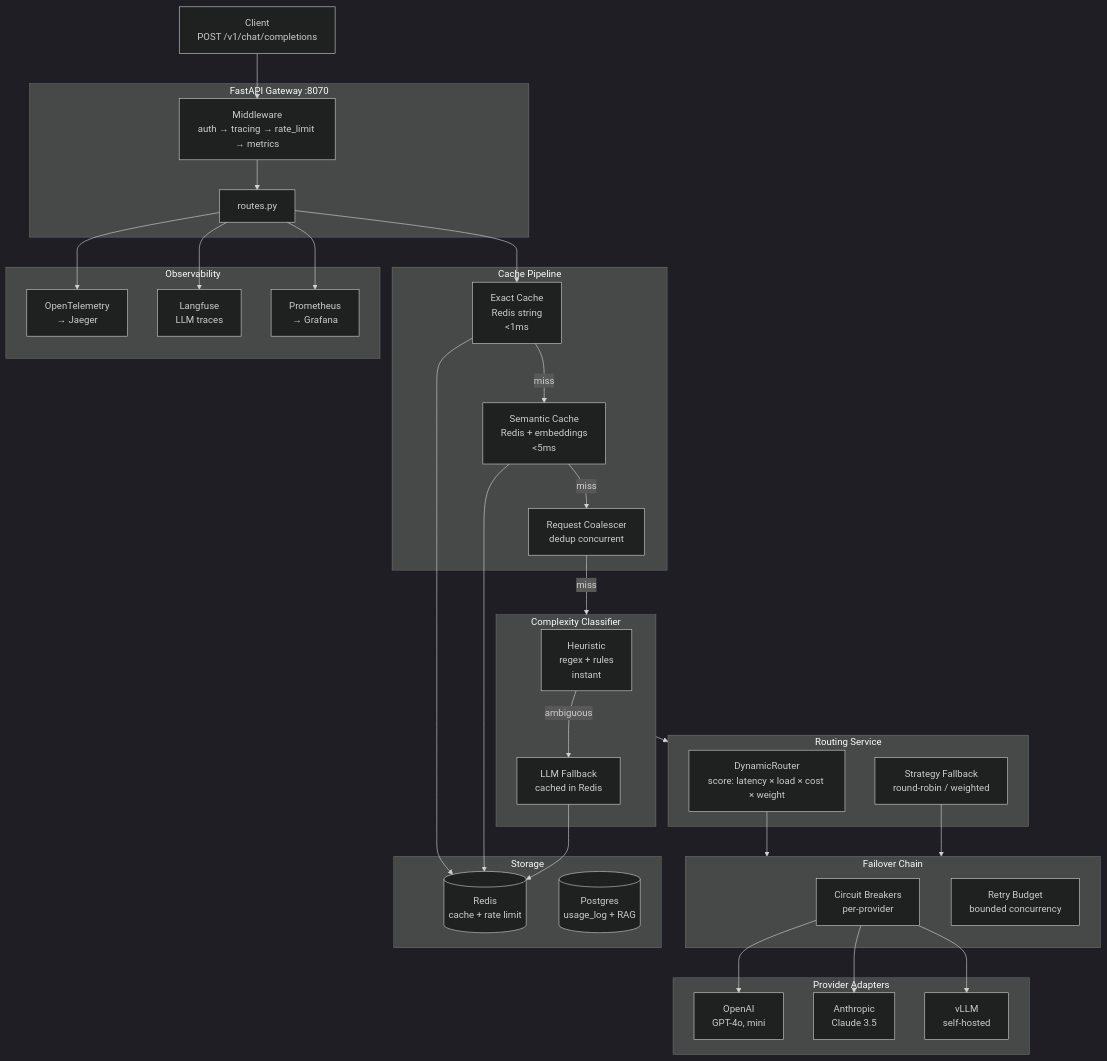
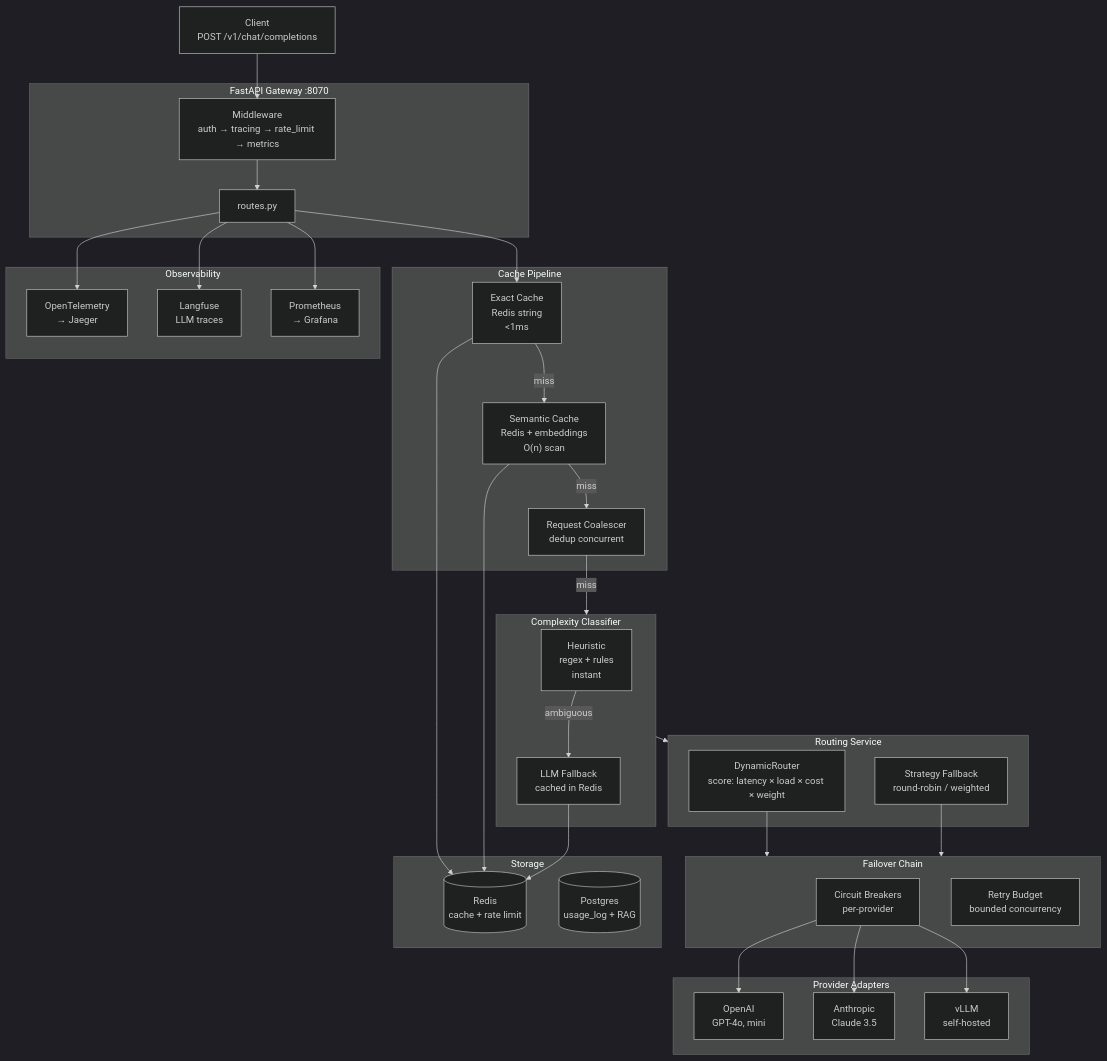
The diagram in README.md (Raushan0303/infer-route), drawn with Mermaid (dark theme) before and after one commit. The commit also changed other lines of this file and 10 other files, not shown here.

````diff
--- a/README.md
+++ b/README.md
@@ -162,66 +162,66 @@
 ```mermaid
 graph TB
     Client["Client<br/>POST /v1/chat/completions"]
 
     subgraph Gateway["FastAPI Gateway :8070"]
         MW["Middleware<br/>auth → tracing → rate_limit → metrics"]
         Routes["routes.py"]
     end
 
     subgraph Cache["Cache Pipeline"]
         Exact["Exact Cache<br/>Redis string<br/>&lt;1ms"]
-        Semantic["Semantic Cache<br/>Redis + embeddings<br/>&lt;5ms"]
+        Semantic["Semantic Cache<br/>Redis + embeddings<br/>O(n) scan"]
         Coalesce["Request Coalescer<br/>dedup concurrent"]
     end
 
     subgraph Classifier["Complexity Classifier"]
         Heuristic["Heuristic<br/>regex + rules<br/>instant"]
         LLMClass["LLM Fallback<br/>cached in Redis"]
     end
 
     subgraph Router["Routing Service"]
         Dynamic["DynamicRouter<br/>score: latency × load × cost × weight"]
         Strategy["Strategy Fallback<br/>round-robin / weighted"]
     end
 
     subgraph Failover["Failover Chain"]
         CB["Circuit Breakers<br/>per-provider"]
         RB["Retry Budget<br/>bounded concurrency"]
     end
 
     subgraph Adapters["Provider Adapters"]
         OpenAI["OpenAI<br/>GPT-4o, mini"]
         Anthropic["Anthropic<br/>Claude 3.5"]
         VLLM["vLLM<br/>self-hosted"]
     end
 
     subgraph Obs["Observability"]
         OTel["OpenTelemetry<br/>→ Jaeger"]
         Langfuse["Langfuse<br/>LLM traces"]
         Prom["Prometheus<br/>→ Grafana"]
     end
 
     subgraph Store["Storage"]
         RedisDB[("Redis<br/>cache + rate limit")]
         PG[("Postgres<br/>usage_log + RAG")]
     end
 
     Client --> MW --> Routes
     Routes --> Exact
     Exact -->|"miss"| Semantic
     Semantic -->|"miss"| Coalesce
     Coalesce -->|"miss"| Classifier
     Heuristic -->|"ambiguous"| LLMClass
     Classifier --> Router
     Dynamic --> Failover
     Strategy --> Failover
     CB --> OpenAI
     CB --> Anthropic
     CB --> VLLM
     Routes --> OTel
     Routes --> Langfuse
     Routes --> Prom
     Exact --> RedisDB
     Semantic --> RedisDB
     LLMClass --> RedisDB
 ```
````
